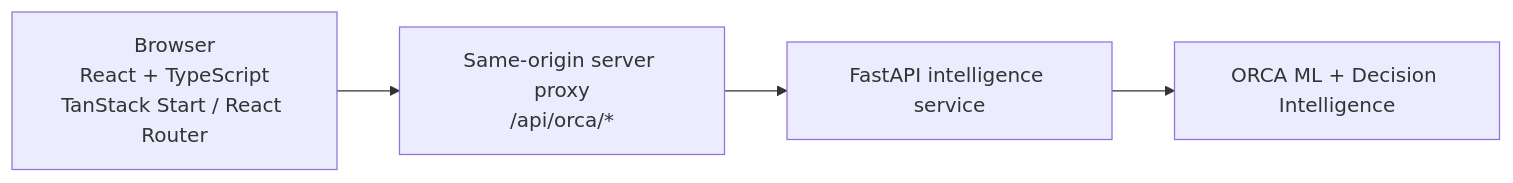
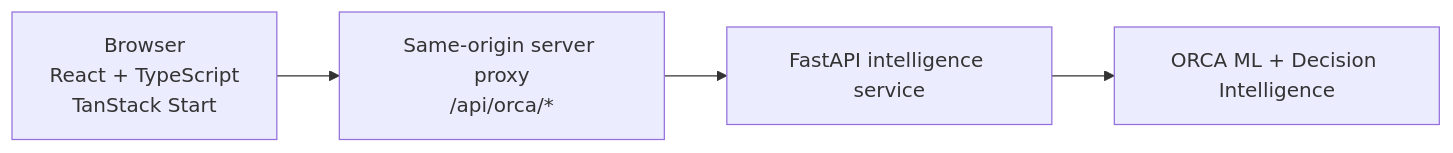
Before and after one commit to EslamTagElsir/orca-control-tower: the diagram in README.md, drawn with Mermaid. The commit also changed other lines of this file, not shown here.

````diff
--- a/README.md
+++ b/README.md
@@ -38,9 +77,9 @@
 ```mermaid
 flowchart LR
-    Browser["Browser<br/>React + TypeScript<br/>TanStack Start / React Router"]
+    Browser["Browser<br/>React + TypeScript<br/>TanStack Start"]
     Proxy["Same-origin server proxy<br/>/api/orca/*"]
     FastAPI["FastAPI intelligence service"]
     ML["ORCA ML + Decision Intelligence"]
 
     Browser --> Proxy --> FastAPI --> ML
 ```
````
